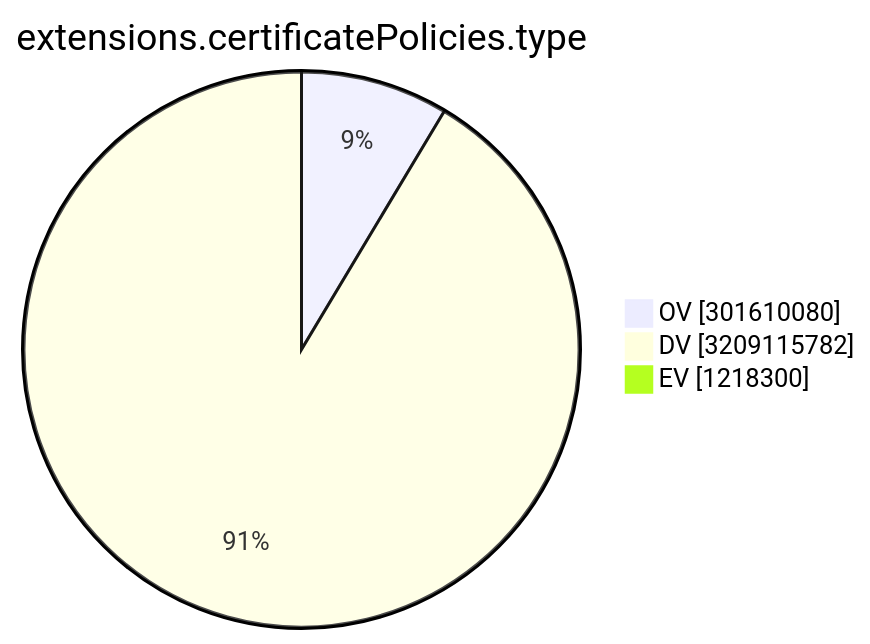
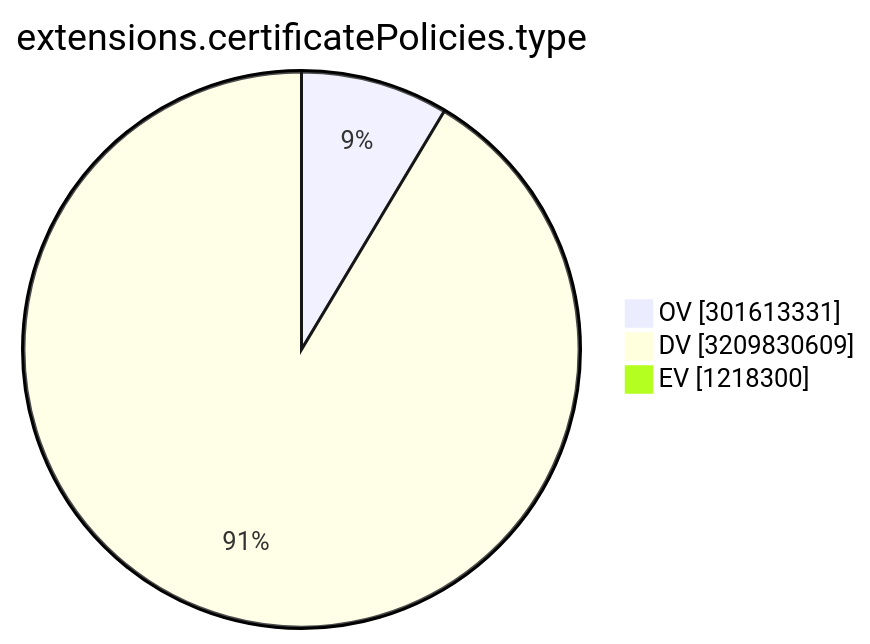
The ninth of 15 diagrams in TOTAL/README.md (christiankrug/ctmonitor_visualization), drawn with Mermaid before and after one commit. The commit also changed other lines of this file, not shown here.

````diff
--- a/TOTAL/README.md
+++ b/TOTAL/README.md
@@ -3106,7 +3106,7 @@
 ```mermaid
 pie showData
 title extensions.certificatePolicies.type
-"OV" :301610080
-"DV" :3209115782
+"OV" :301613331
+"DV" :3209830609
 "EV" :1218300
 ```
````
